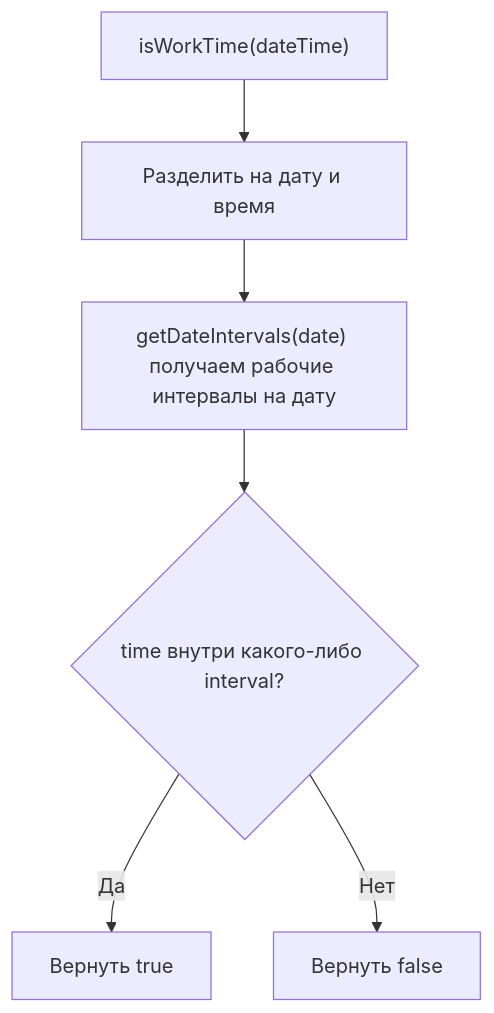
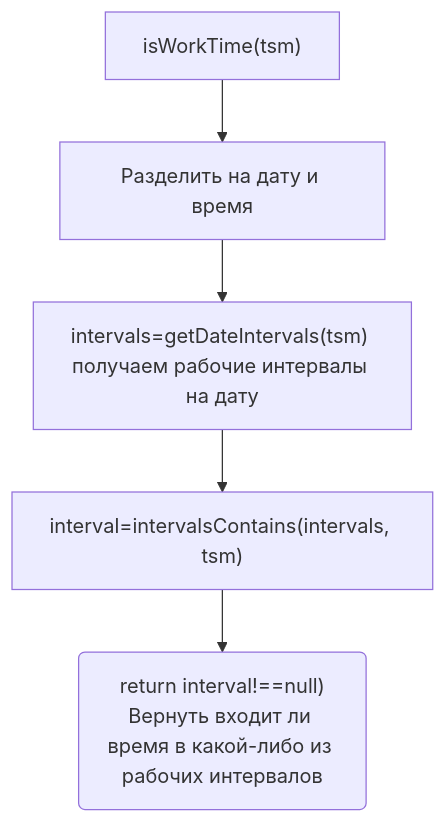
Before and after one commit to spo0okie/arms_inventory: the sixth of 14 diagrams in modules/schedules/plans/compile.md, drawn with Mermaid. The commit also changed other lines of this file, not shown here.

````diff
--- a/modules/schedules/plans/compile.md
+++ b/modules/schedules/plans/compile.md
@@ -236,8 +267,7 @@
 ```mermaid
 flowchart TD
-    A["isWorkTime(dateTime)"] --> B[Разделить на дату и время]
-    B --> C["getDateIntervals(date) получаем рабочие интервалы на дату"]
-    C --> S{time внутри какого-либо interval?}
-    S -->|Да| T[Вернуть true]
-    S -->|Нет| R[Вернуть false]
+    A["isWorkTime(tsm)"] --> B[Разделить на дату и время]
+    B --> C["intervals=getDateIntervals(tsm) получаем рабочие интервалы на дату"]
+    C --> D["interval=intervalsContains(intervals, tsm)"]
+    D --> S("return interval!==null)<br>Вернуть входит ли время в какой-либо из рабочих интервалов")
 ```
````
